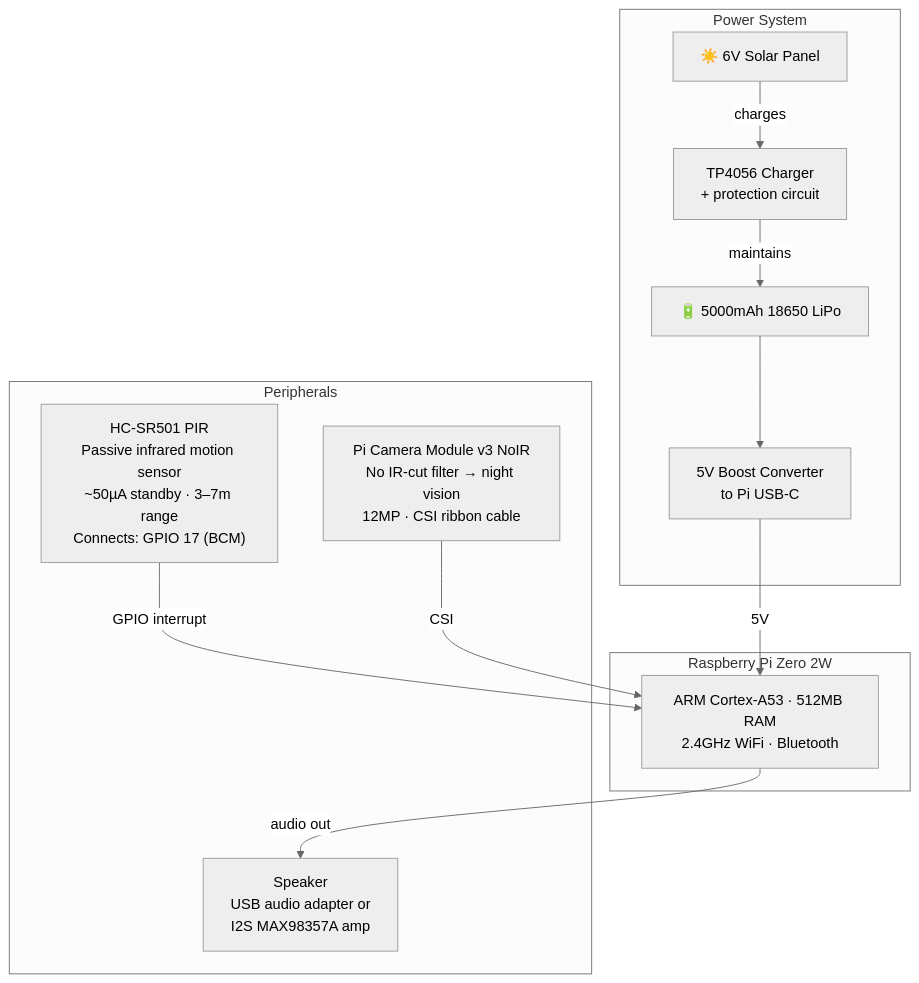
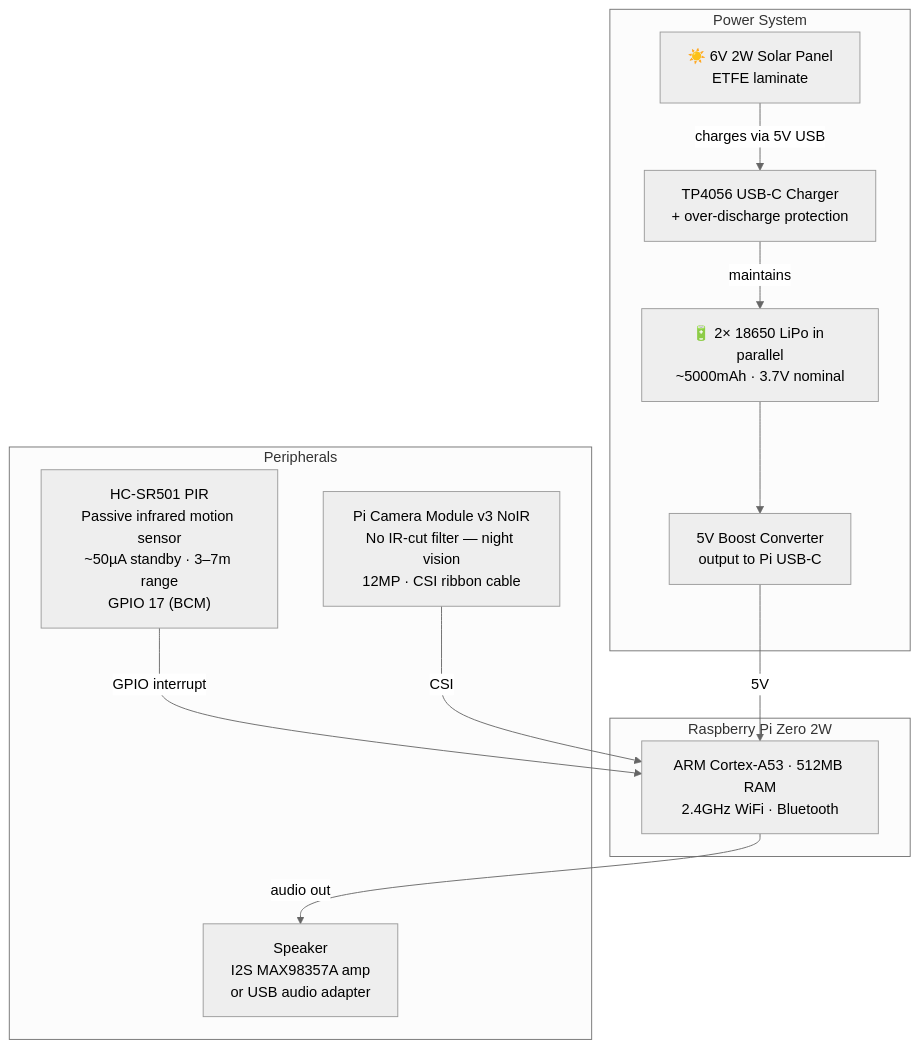
Before and after one commit to bharperames/DeerHunter: the second of 7 diagrams in docs/architecture.md, drawn with Mermaid (neutral theme). The commit also changed other lines of this file, not shown here.

First line of the commit message:
docs: expand architecture.md with BOM, power budget detail, and Mermaid fixes

````diff
--- a/docs/architecture.md
+++ b/docs/architecture.md
@@ -26,27 +30,39 @@
 ```mermaid
 flowchart TB
   subgraph PWR["Power System"]
-    SOLAR["☀️ 6V Solar Panel"]
-    LIPO["🔋 5000mAh 18650 LiPo"]
-    CHARGER["TP4056 Charger\n+ protection circuit"]
-    BOOST["5V Boost Converter\nto Pi USB-C"]
-    SOLAR -- "charges" --> CHARGER
+    SOLAR["☀️ 6V 2W Solar Panel
+ETFE laminate"]
+    LIPO["🔋 2× 18650 LiPo in parallel
+~5000mAh · 3.7V nominal"]
+    CHARGER["TP4056 USB-C Charger
++ over-discharge protection"]
+    BOOST["5V Boost Converter
+output to Pi USB-C"]
+    SOLAR -- "charges via 5V USB" --> CHARGER
     CHARGER -- "maintains" --> LIPO
     LIPO --> BOOST
   end
 
   subgraph PI["Raspberry Pi Zero 2W"]
-    CPU["ARM Cortex-A53 · 512MB RAM\n2.4GHz WiFi · Bluetooth"]
+    CPU["ARM Cortex-A53 · 512MB RAM
+2.4GHz WiFi · Bluetooth"]
   end
 
   subgraph PERIPH["Peripherals"]
-    PIR["HC-SR501 PIR\nPassive infrared motion sensor\n~50µA standby · 3–7m range\nConnects: GPIO 17 (BCM)"]
-    CAM["Pi Camera Module v3 NoIR\nNo IR-cut filter → night vision\n12MP · CSI ribbon cable"]
-    SPK["Speaker\nUSB audio adapter or\nI2S MAX98357A amp"]
+    PIR["HC-SR501 PIR
+Passive infrared motion sensor
+~50µA standby · 3–7m range
+GPIO 17 (BCM)"]
+    CAM["Pi Camera Module v3 NoIR
+No IR-cut filter — night vision
+12MP · CSI ribbon cable"]
+    SPK["Speaker
+I2S MAX98357A amp
+or USB audio adapter"]
   end
 
   BOOST -- "5V" --> CPU
   PIR -- "GPIO interrupt" --> CPU
   CAM -- "CSI" --> CPU
   CPU -- "audio out" --> SPK
 ```
````
